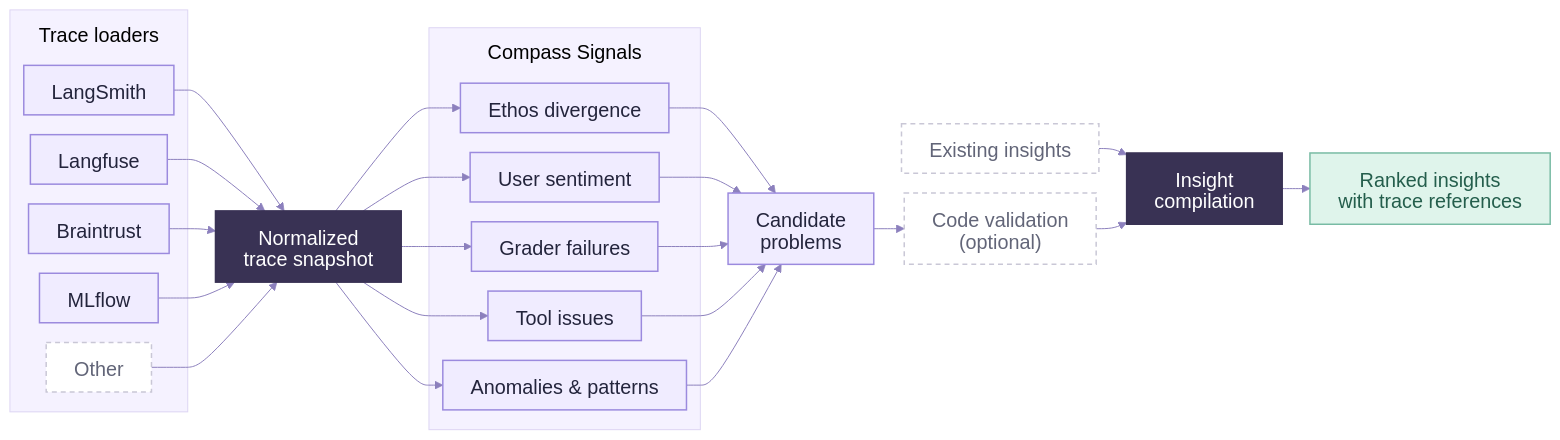
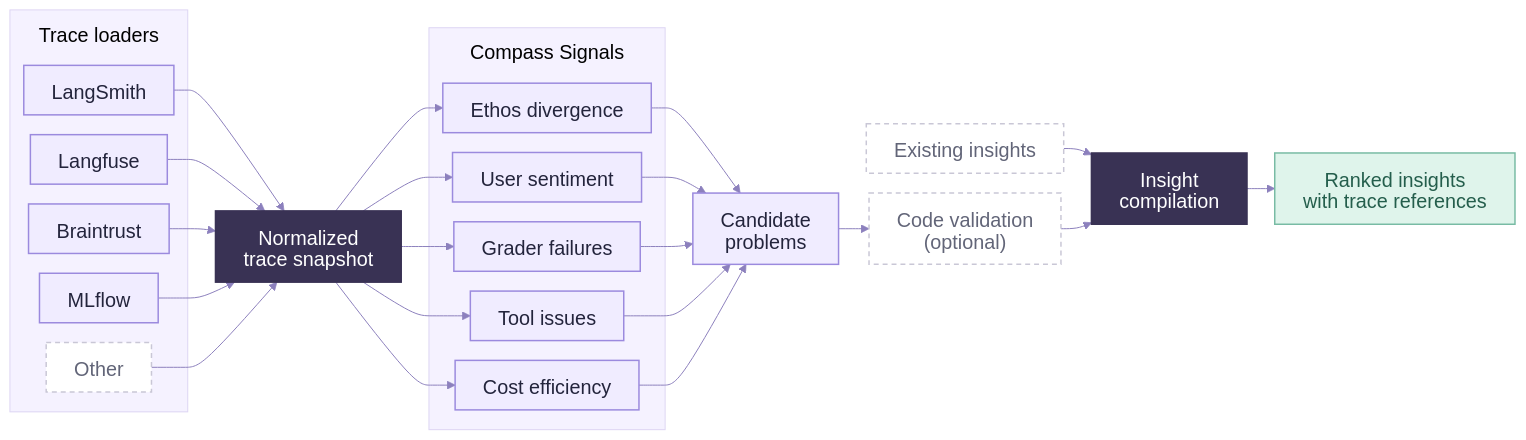
The diagram in docs/assets/architecture/overview.mmd (NVIDIA-NeMo/nemo-compass), drawn with Mermaid before and after one commit. The commit also changed 35 other files, not shown here.

```diff
--- a/docs/assets/architecture/overview.mmd
+++ b/docs/assets/architecture/overview.mmd
@@ -1,31 +1,31 @@
 ---
 config: {"startOnLoad":false,"securityLevel":"strict","theme":"base","htmlLabels":false,"fontFamily":"Helvetica Neue, Arial, sans-serif","themeVariables":{"primaryColor":"#f0ecff","primaryTextColor":"#23243c","primaryBorderColor":"#9b8ade","lineColor":"#8c80bd","secondaryColor":"#dff4eb","tertiaryColor":"#ffffff","edgeLabelBackground":"#f7f8fc","clusterBkg":"#f5f2ff","clusterBorder":"#ddd5f3","fontSize":"20px"},"flowchart":{"curve":"basis","nodeSpacing":20,"rankSpacing":28,"padding":14,"subGraphTitleMargin":{"top":12,"bottom":24}},"themeCSS":".node rect { rx: 12px; ry: 12px; } .cluster rect { rx: 16px; ry: 16px; } .cluster-label text { font-weight: 600; } .node.dark .label text, .node.dark .label tspan { fill: #ffffff !important; }"}
 ---
 %% Rendered with the Mermaid configuration and palette from uPages.
 flowchart LR
   H["Existing insights"]:::faint --> I["Insight<br/>compilation"]:::dark
   subgraph LOADERS["Trace loaders"]
     LS["LangSmith"]
     LF["Langfuse"]
     BT["Braintrust"]
     ML["MLflow"]
     OT["Other"]:::faint
   end
   LS & LF & BT & ML & OT --> T["Normalized<br/>trace snapshot"]:::dark
   subgraph SIGNALS["Compass Signals"]
     A["Ethos divergence"]
     B["User sentiment"]
     C["Grader failures"]
     D["Tool issues"]
-    E["Anomalies & patterns"]
+    E["Cost efficiency"]
   end
   T --> A & B & C & D & E
   A & B & C & D & E --> P["Candidate<br/>problems"]
   P --> V["Code validation<br/>(optional)"]:::faint
   V --> I
   I --> O["Ranked insights<br/>with trace references"]:::mint
 
   classDef default fill:#f0ecff,stroke:#9b8ade,color:#23243c,stroke-width:1.5px;
   classDef dark fill:#393254,stroke:#393254,color:#ffffff;
   classDef mint fill:#dff4eb,stroke:#78bba4,color:#245e4c;
   classDef faint fill:#ffffff,stroke:#c9c7d6,color:#626578,stroke-dasharray:5 4;
```
